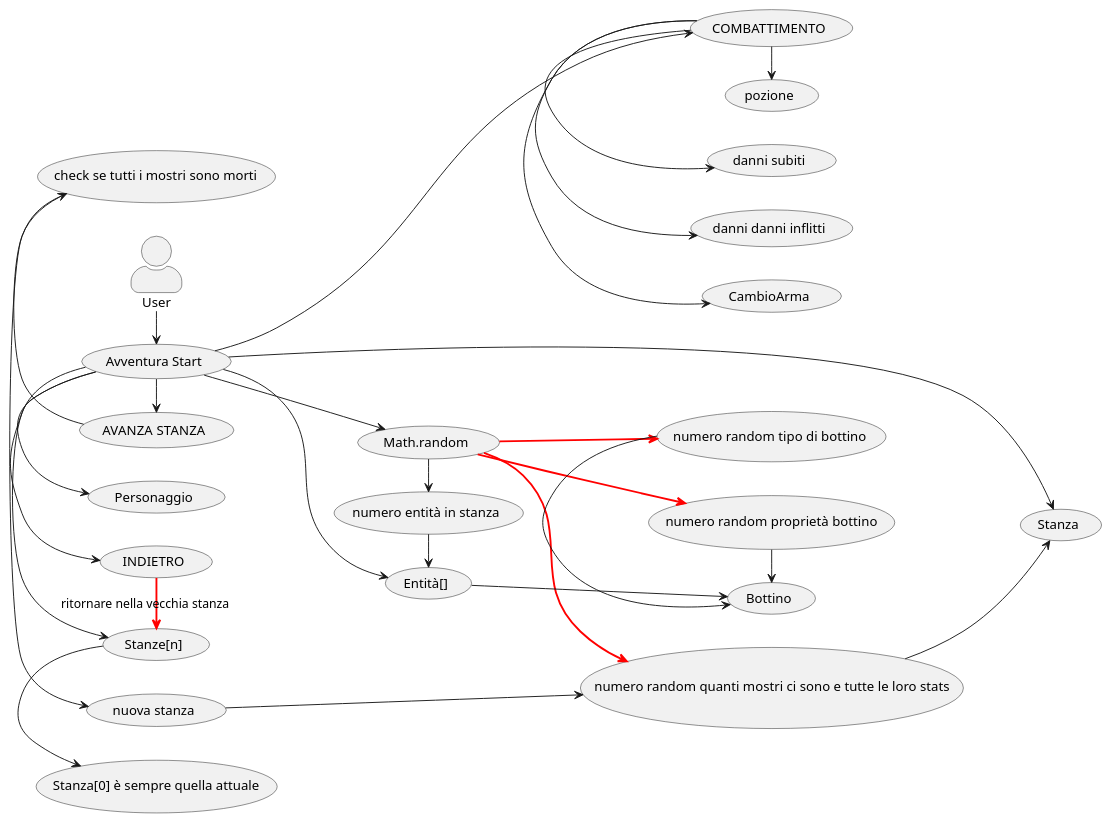
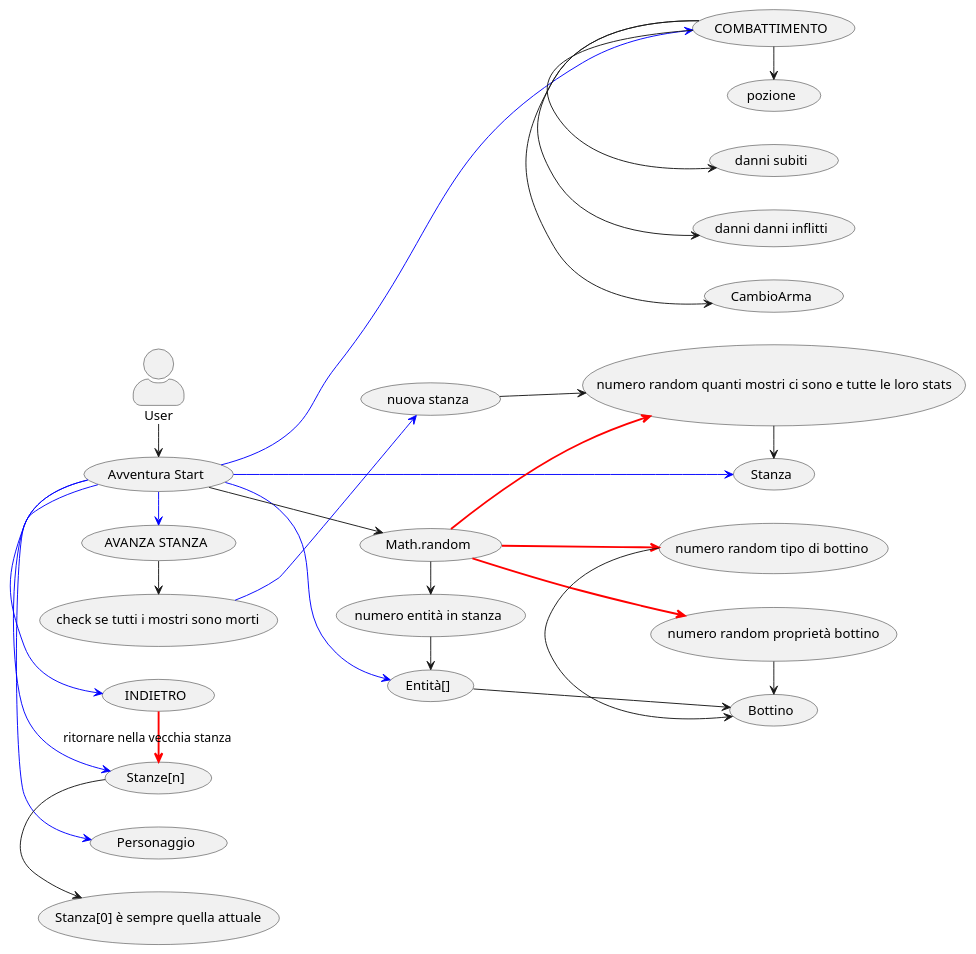
Before and after one commit to Maximus19777/Gioco: the diagram in src/LogicaAvventura.puml, drawn with PlantUML. The commit also changed 1 other file, not shown here.

```diff
--- a/src/LogicaAvventura.puml
+++ b/src/LogicaAvventura.puml
@@ -1,38 +1,38 @@
 @startuml
 'https://plantuml.com/use-case-diagram
 skinparam usercase {
   BackgroundColor << COMBATTIMENTO >> red
 }
 
 left to right direction
 skinparam actorStyle awesome
 actor User as User
 User -> (Avventura Start)
-(Avventura Start) -> (Stanze[n])
-(Avventura Start) -> (Stanza)
-(Avventura Start) -> (Personaggio)
-(Avventura Start) -> (Entità[])
-(Avventura Start) ---> (COMBATTIMENTO)
-(Avventura Start) -> (AVANZA STANZA)
-(Avventura Start) -> (INDIETRO)
+(Avventura Start) -> (Stanze[n])#line:blue
+(Avventura Start) -> (Stanza)#line:blue
+(Avventura Start) -> (Personaggio)#line:blue
+(Avventura Start) -> (Entità[])#line:blue
+(Avventura Start) ---> (COMBATTIMENTO)#line:blue
+(Avventura Start) -> (AVANZA STANZA)#line:blue
+(Avventura Start) -> (INDIETRO)#line:blue
 (INDIETRO) -> (Stanze[n])  #line:red;line.bold;text:black :ritornare nella vecchia stanza
 (Stanze[n]) -> (Stanza[0] è sempre quella attuale)
 (AVANZA STANZA) -> (check se tutti i mostri sono morti)
-(check se tutti i mostri sono morti) -> (nuova stanza)
-(nuova stanza) ---> (numero random quanti mostri ci sono e tutte le loro stats)
+(check se tutti i mostri sono morti) --> (nuova stanza) #line:blue;text:black
+(nuova stanza) --> (numero random quanti mostri ci sono e tutte le loro stats)
 (Avventura Start) --> (Math.random)
 (Math.random) -> (numero entità in stanza)
 (Math.random) --> (numero random tipo di bottino) #line:red;line.bold;text:red
 (Math.random) --> (numero random proprietà bottino) #line:red;line.bold;text:red
 (Math.random) --> (numero random quanti mostri ci sono e tutte le loro stats) #line:red;line.bold;text:red
-(numero random quanti mostri ci sono e tutte le loro stats) --> (Stanza)
+(numero random quanti mostri ci sono e tutte le loro stats) -> (Stanza)
 (numero random tipo di bottino) -> (Bottino)
 (numero random proprietà bottino) -> (Bottino)
 (numero entità in stanza) -> (Entità[])
 (Entità[]) -> (Bottino)
 (COMBATTIMENTO) -> (danni subiti)
 (COMBATTIMENTO) -> (pozione)
 (COMBATTIMENTO) -> (CambioArma)
 (COMBATTIMENTO) -> (danni danni inflitti)
 
 @enduml
```
